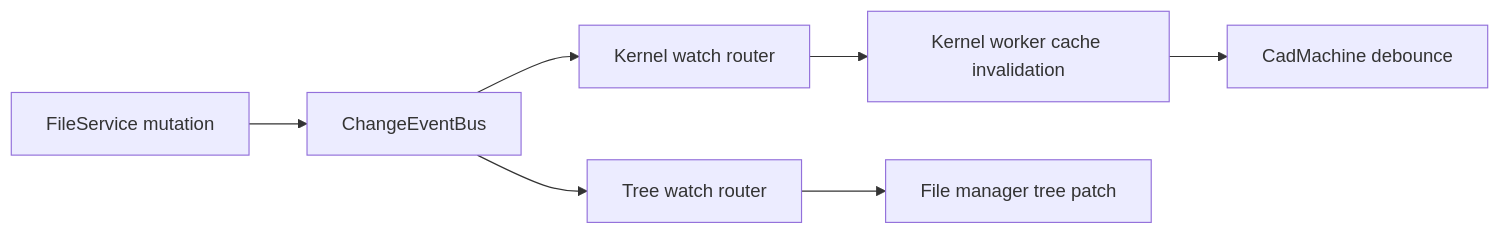
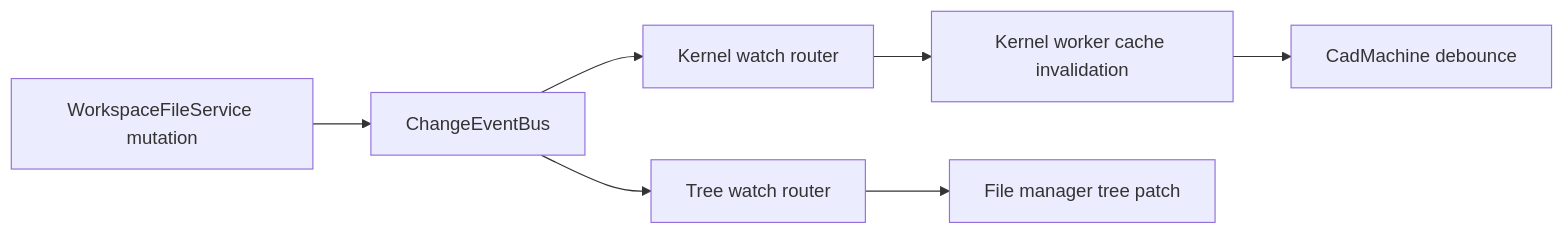
One commit to taucad/tau changed the diagram in docs/policy/filesystem-policy.md. Above: the diagram before and after it, drawn with Mermaid. The commit also changed other lines of this file and 2 other files, not shown here.

````diff
--- a/docs/policy/filesystem-policy.md
+++ b/docs/policy/filesystem-policy.md
@@ -295,17 +249,17 @@
 ```mermaid
 flowchart LR
-    FileServiceWrite["FileService mutation"]
+    FileServiceWrite["WorkspaceFileService mutation"]
     EventBus["ChangeEventBus"]
     KernelWatchRouter["Kernel watch router"]
     TreeWatchRouter["Tree watch router"]
     KernelWorker["Kernel worker cache invalidation"]
     CadMachine["CadMachine debounce"]
     FileTreeMachine["File manager tree patch"]
 
     FileServiceWrite --> EventBus
     EventBus --> KernelWatchRouter
     EventBus --> TreeWatchRouter
     KernelWatchRouter --> KernelWorker
     KernelWorker --> CadMachine
     TreeWatchRouter --> FileTreeMachine
 ```
````
